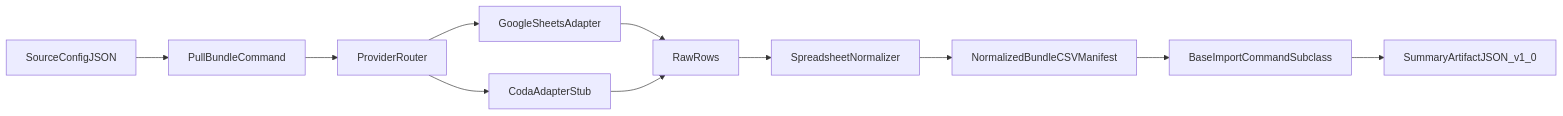
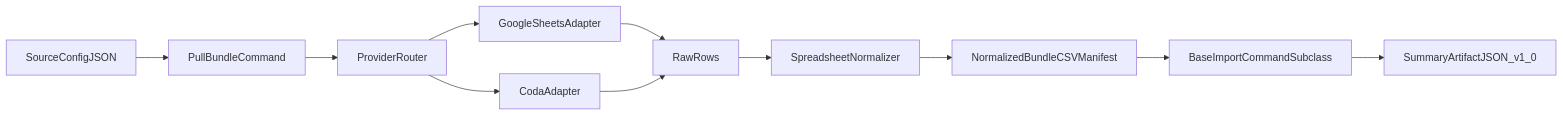
One commit to MrAllatta/migration-workbench changed the diagram in docs/architecture.md. Above: the diagram before and after it, drawn with Mermaid. The commit also changed other lines of this file and 14 other files, not shown here.

First line of the commit message:
Add Coda provider, profiler, and formula scanner

````diff
--- a/docs/architecture.md
+++ b/docs/architecture.md
@@ -9,13 +9,13 @@
 ```mermaid
 flowchart LR
   sourceConfig[SourceConfigJSON] --> pullBundle[PullBundleCommand]
   pullBundle --> providerRouter[ProviderRouter]
   providerRouter --> googleSheetsAdapter[GoogleSheetsAdapter]
-  providerRouter --> codaAdapter[CodaAdapterStub]
+  providerRouter --> codaAdapter[CodaAdapter]
   googleSheetsAdapter --> rawRows[RawRows]
   codaAdapter --> rawRows
   rawRows --> normalizer[SpreadsheetNormalizer]
   normalizer --> bundle[NormalizedBundleCSVManifest]
   bundle --> importer[BaseImportCommandSubclass]
   importer --> summary[SummaryArtifactJSON_v1_0]
 ```
````
